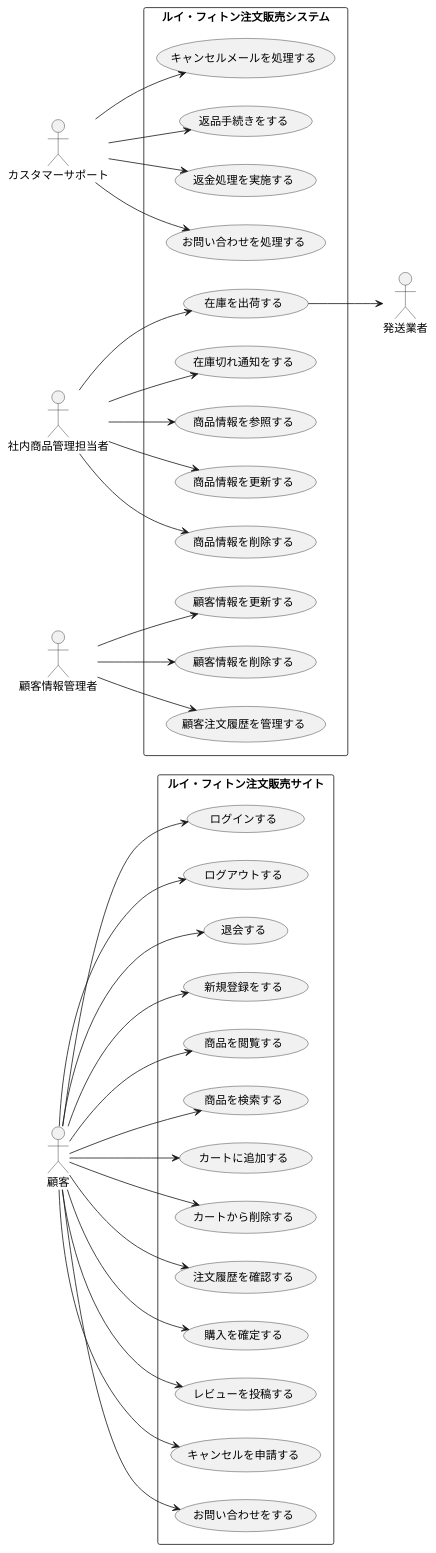
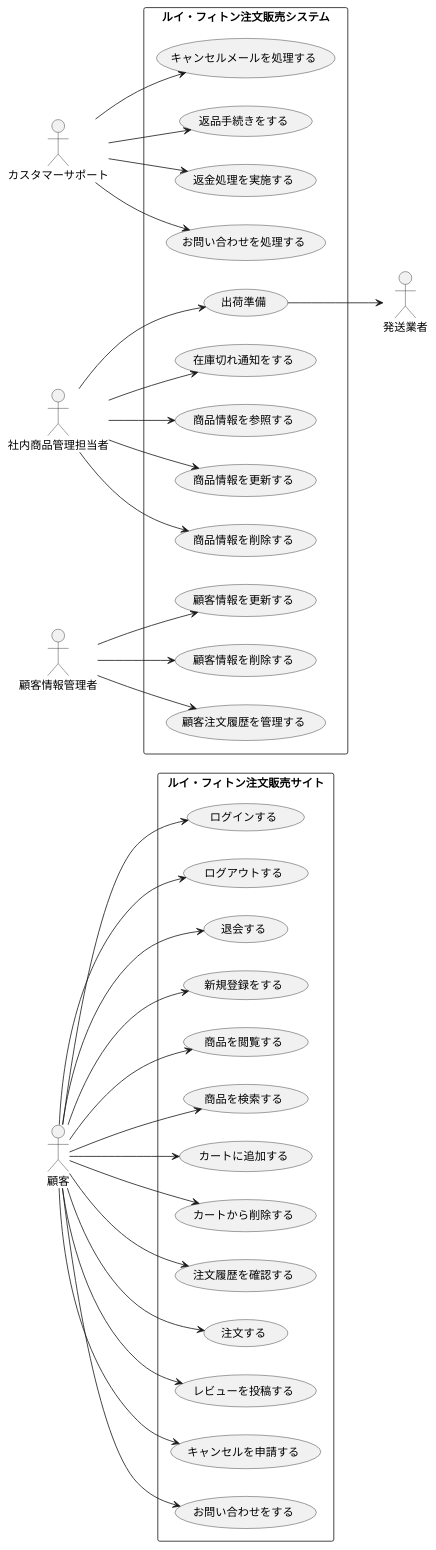
Before and after one commit to mameiku/group3-4: the diagram in ecommerce_usecase.pu, drawn with PlantUML.

Commit message:
更新

```diff
--- a/ecommerce_usecase.pu
+++ b/ecommerce_usecase.pu
@@ -1,105 +1,105 @@
 @startuml
 left to right direction
 
 actor 顧客
 actor カスタマーサポート
 actor 発送業者
 actor 社内商品管理担当者
 'actor 経理
 actor 顧客情報管理者
 'actor サイトコンテンツ管理者
 
 rectangle "ルイ・フィトン注文販売システム" {
 
   ' --- 管理者 ---
   (キャンセルメールを処理する)
   (返品手続きをする)
   (返金処理を実施する)
   (お問い合わせを処理する)
 
   '(在庫を入荷する)
-  (在庫を出荷する)
+  (出荷準備)
   (在庫切れ通知をする)
   (商品情報を参照する)
   (商品情報を更新する)
   (商品情報を削除する)
 
   '(売り上げデータを集計する)
   '(売り上げデータを分析する)
 
   '--- 顧客情報管理者 ---
   (顧客情報を更新する)
   (顧客情報を削除する)
   (顧客注文履歴を管理する)
 
   '(サイトを更新する)
   '(サイトを運営・保守する)
 
 }
 
 
 rectangle "ルイ・フィトン注文販売サイト" {
     ' --- 顧客 ---
   (ログインする)
   (ログアウトする)
   (退会する)
   (新規登録をする)
   (商品を閲覧する)
   (商品を検索する)
   (カートに追加する)
   (カートから削除する)
   (注文履歴を確認する)
-  (購入を確定する)
+  (注文する)
   (レビューを投稿する)
   (キャンセルを申請する)
   (お問い合わせをする)
 }
 
 
 ' 顧客の動き
 顧客 --> (ログインする)
 顧客 --> (ログアウトする)
 顧客 --> (退会する)
 顧客 --> (商品を閲覧する)
 顧客 --> (商品を検索する)
 顧客 --> (カートに追加する)
 顧客 --> (カートから削除する)
 顧客 --> (注文履歴を確認する)
 顧客 --> (新規登録をする)
-顧客 --> (購入を確定する)
+顧客 --> (注文する)
 顧客 --> (レビューを投稿する)
 顧客 --> (キャンセルを申請する)
 顧客 --> (お問い合わせをする)
 
 ' 管理者などの動き
 '物流担当者 --> (在庫を入荷する)
-社内商品管理担当者 --> (在庫を出荷する)
+社内商品管理担当者 --> (出荷準備)
 社内商品管理担当者 --> (在庫切れ通知をする)
 社内商品管理担当者 --> (商品情報を参照する)
 社内商品管理担当者 --> (商品情報を更新する)
 社内商品管理担当者 --> (商品情報を削除する)
 
-(在庫を出荷する) --> 発送業者
+(出荷準備) --> 発送業者
 
 
 
 '経理 --> (売り上げデータを集計する)
 '経理--> (売り上げデータを分析する)
 
 '発送業者とカスタマーサポートの追加
 
 
 カスタマーサポート --> (キャンセルメールを処理する)
 カスタマーサポート --> (返品手続きをする)
 カスタマーサポート --> (返金処理を実施する)
 カスタマーサポート --> (お問い合わせを処理する)
 
 顧客情報管理者 --> (顧客情報を更新する)
 顧客情報管理者 --> (顧客情報を削除する)
 顧客情報管理者 --> (顧客注文履歴を管理する)
 
 
 'サイトコンテンツ管理者 --> (サイトを更新する)
 'サイトコンテンツ管理者 --> (サイトを運営・保守する)
 
 @enduml
```
